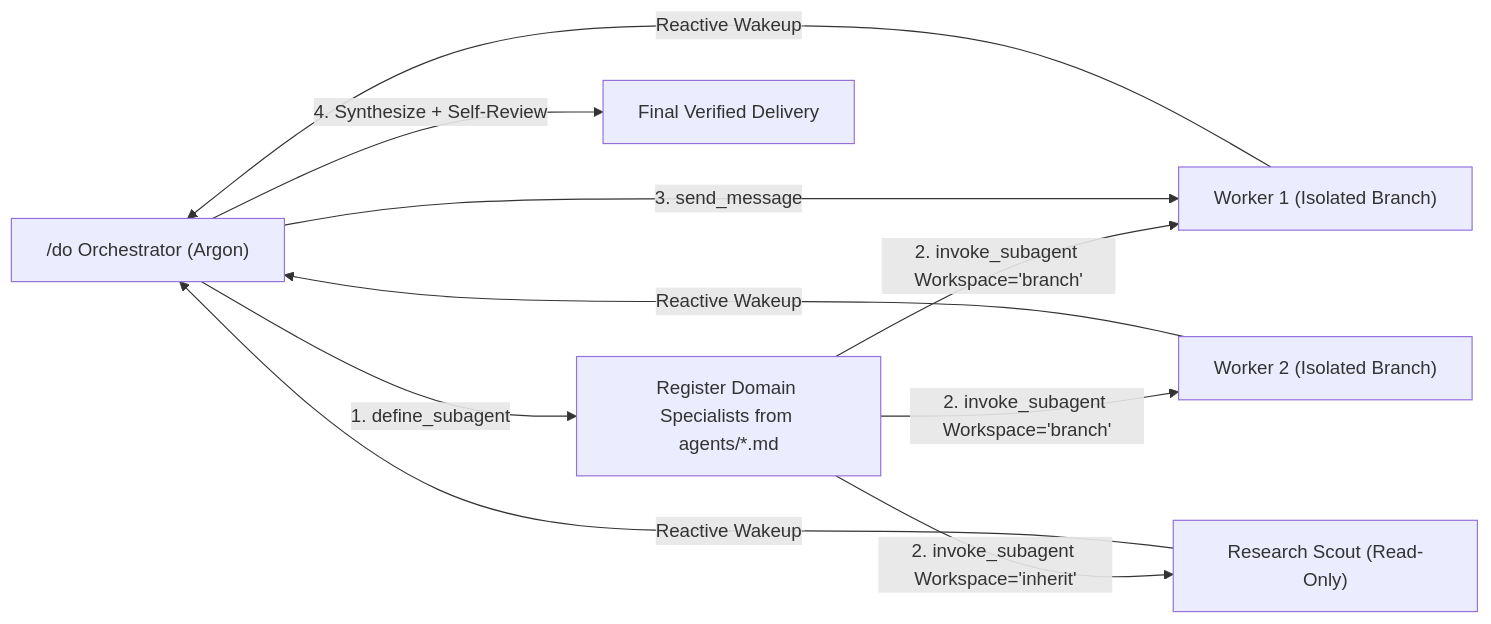
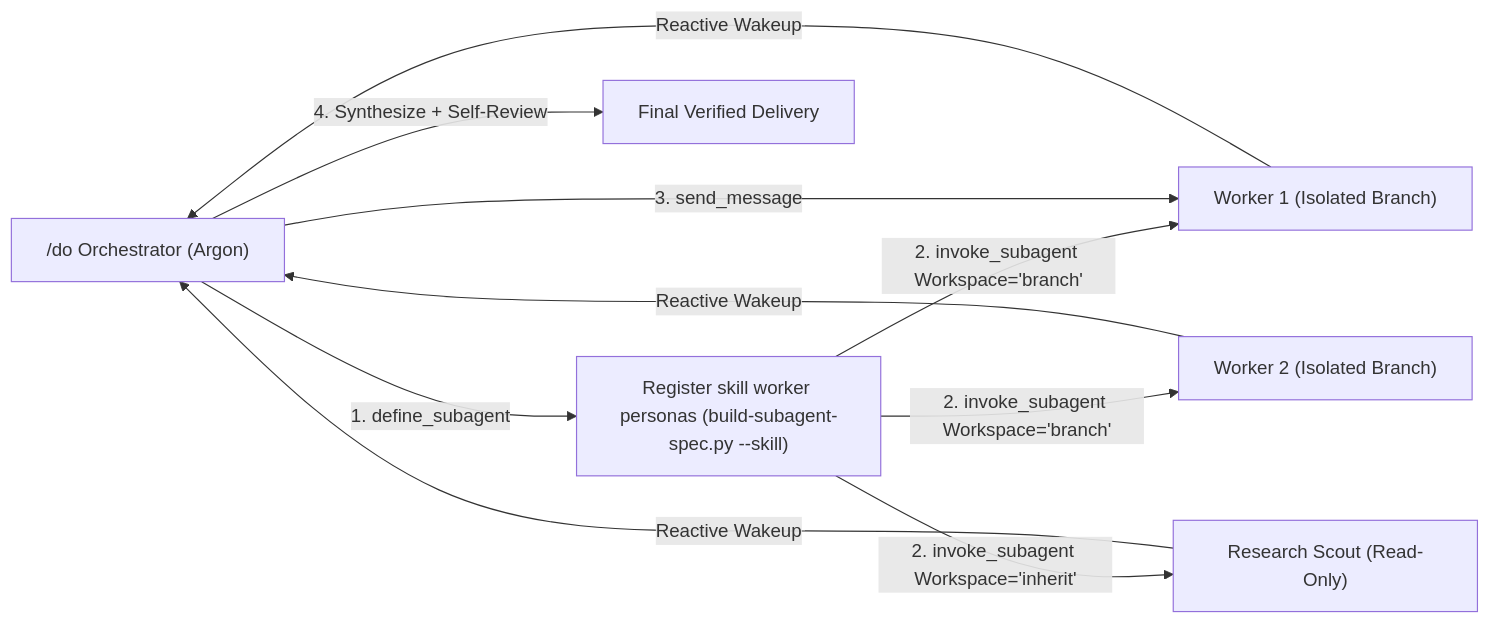
One commit to notque/vexjoy-agent changed the diagram in skills/meta/do/references/antigravity-execution.md. Above: the diagram before and after it, drawn with Mermaid. The commit also changed other lines of this file and 624 other files, not shown here.

First line of the commit message:
retired all 44 agents into skill references so routing picks only skill, pipeline and stack, and rebuilt /d as a main-loop router whose dispatch reasons and intent gate are checked by d_gate.py

````diff
--- a/skills/meta/do/references/antigravity-execution.md
+++ b/skills/meta/do/references/antigravity-execution.md
@@ -72,12 +72,12 @@
 ```mermaid
 flowchart LR
-    Coord["/do Orchestrator (Argon)"] -->|1. define_subagent| Def["Register Domain Specialists from agents/*.md"]
+    Coord["/do Orchestrator (Argon)"] -->|1. define_subagent| Def["Register skill worker personas (build-subagent-spec.py --skill)"]
     Def -->|2. invoke_subagent Workspace='branch'| W1["Worker 1 (Isolated Branch)"]
     Def -->|2. invoke_subagent Workspace='branch'| W2["Worker 2 (Isolated Branch)"]
     Def -->|2. invoke_subagent Workspace='inherit'| R1["Research Scout (Read-Only)"]
     W1 -->|Reactive Wakeup| Coord
     W2 -->|Reactive Wakeup| Coord
     R1 -->|Reactive Wakeup| Coord
     Coord -->|3. send_message| W1
     Coord -->|4. Synthesize + Self-Review| Out["Final Verified Delivery"]
 ```
````
